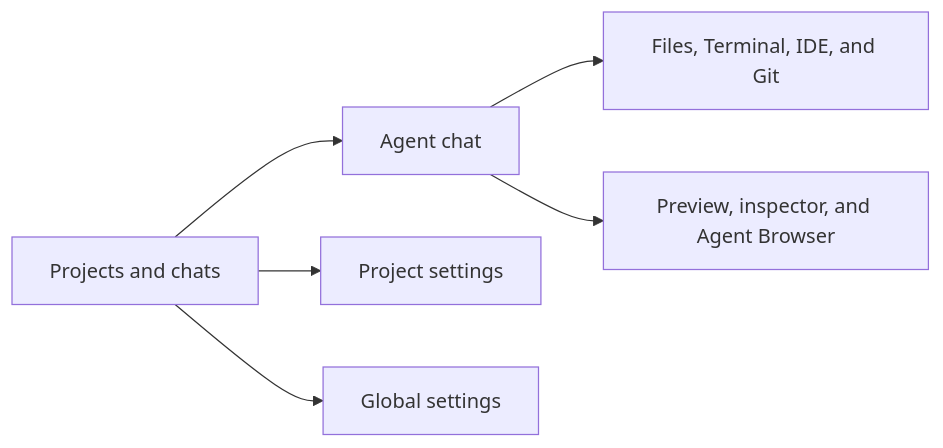
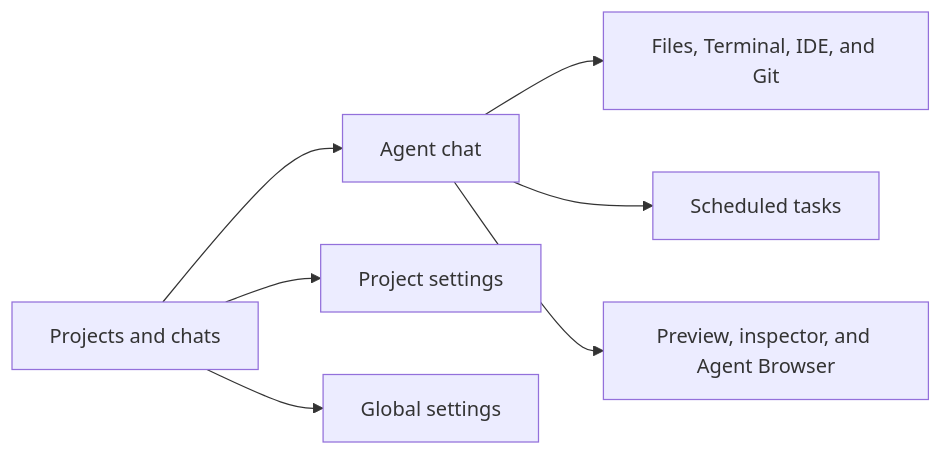
Before and after one commit to AbdallahMohamedDotnet/remote.futrx: the diagram in docs/02-user-guide/README.md, drawn with Mermaid. The commit also changed other lines of this file and 25 other files, not shown here.

````diff
--- a/docs/02-user-guide/README.md
+++ b/docs/02-user-guide/README.md
@@ -45,8 +52,9 @@
 ```mermaid
 flowchart LR
     Sidebar["Projects and chats"] --> Chat["Agent chat"]
     Chat --> Work["Files, Terminal, IDE, and Git"]
+    Chat --> Schedules["Scheduled tasks"]
     Chat --> Web["Preview, inspector, and Agent Browser"]
     Sidebar --> Project["Project settings"]
     Sidebar --> Global["Global settings"]
 ```
````
